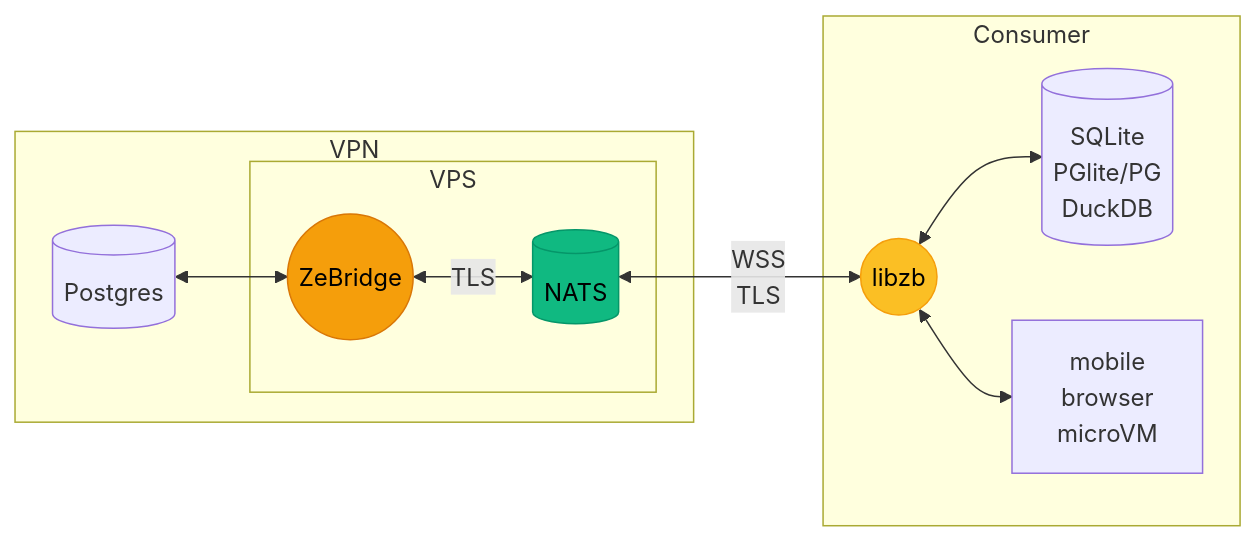
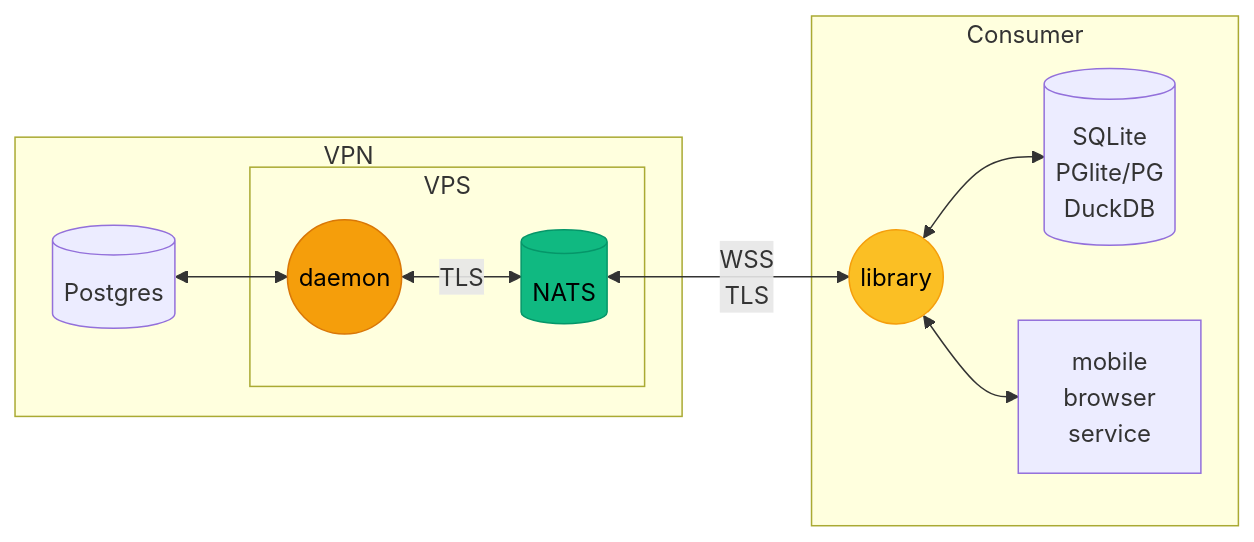
One commit to ndrean/ZeBridge changed the first of 3 diagrams in README.md. Above: the diagram before and after it, drawn with Mermaid. The commit also changed other lines of this file and 1 other file, not shown here.

First line of the commit message:
README edits: neutral names in the diagram, library wording, client rates; 09-event notes

````diff
--- a/README.md
+++ b/README.md
@@ -11,28 +11,28 @@
 ```mermaid
 flowchart LR
      subgraph VPN["VPN"]
         PG[("Postgres")]
         subgraph Localhost ["VPS"]
-            Bridge(("ZeBridge"))
+            Bridge(("daemon"))
             NATS[("NATS")]
         end
         PG <--> Bridge
         Bridge <--> |TLS| NATS
     end
 
     NATS <--> |WSS <br> TLS| Lib
 
 
     subgraph Edge["Consumer"]
-        Lib(("libzb"))
+        Lib(("library"))
         SQL[("SQLite<br>PGlite/PG<br>DuckDB")]
-        App["mobile<br>browser<br>microVM"]
+        App["mobile<br>browser<br>service"]
         Lib <-->SQL
         Lib <-->App
 
     end
 
     style Bridge fill:#f59e0b,stroke:#d97706,color:#000
     style Lib fill:#fbbf24,stroke:#f59e0b,color:#000
     style NATS fill:#10b981,stroke:#059669,color:#000
 ```
````
